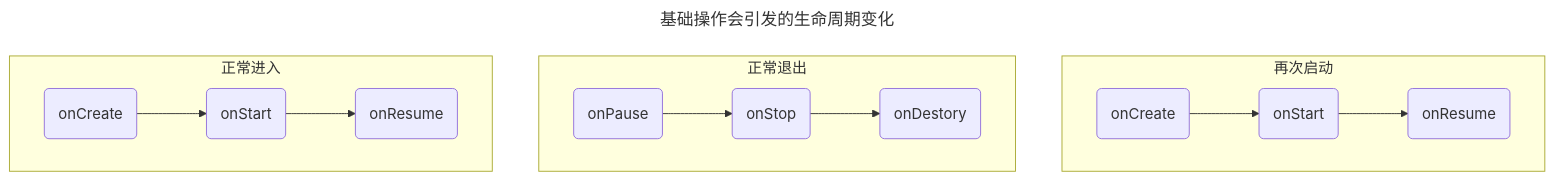
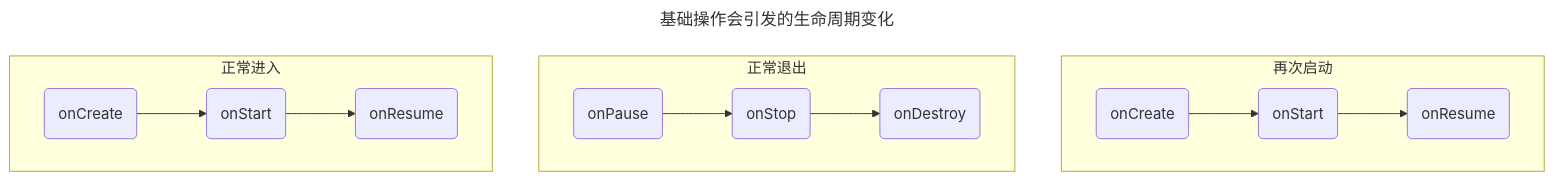
One commit to TsanChingKim/blog changed the first of 3 diagrams in content/posts/11-Activity活动组件.md. Above: the diagram before and after it, drawn with Mermaid. The commit also changed other lines of this file and 1 other file, not shown here.

Commit message:
添加mermaid支持

````diff
--- a/content/posts/11-Activity活动组件.md
+++ b/content/posts/11-Activity活动组件.md
@@ -61,18 +61,18 @@
 ```mermaid
 ---
 title: 基础操作会引发的生命周期变化
 ---
- graph TD
+graph TD
 	subgraph 再次启动
 		G(onCreate) --> H(onStart)
 		H --> I(onResume)
 	end
 	subgraph 正常退出
 		D(onPause) --> E(onStop)
-		E --> F(onDestory)
+		E --> F(onDestroy)
 	end
 	subgraph 正常进入
 		 A(onCreate) --> B(onStart)
 		 B --> C(onResume)
 	end
 ```
````
